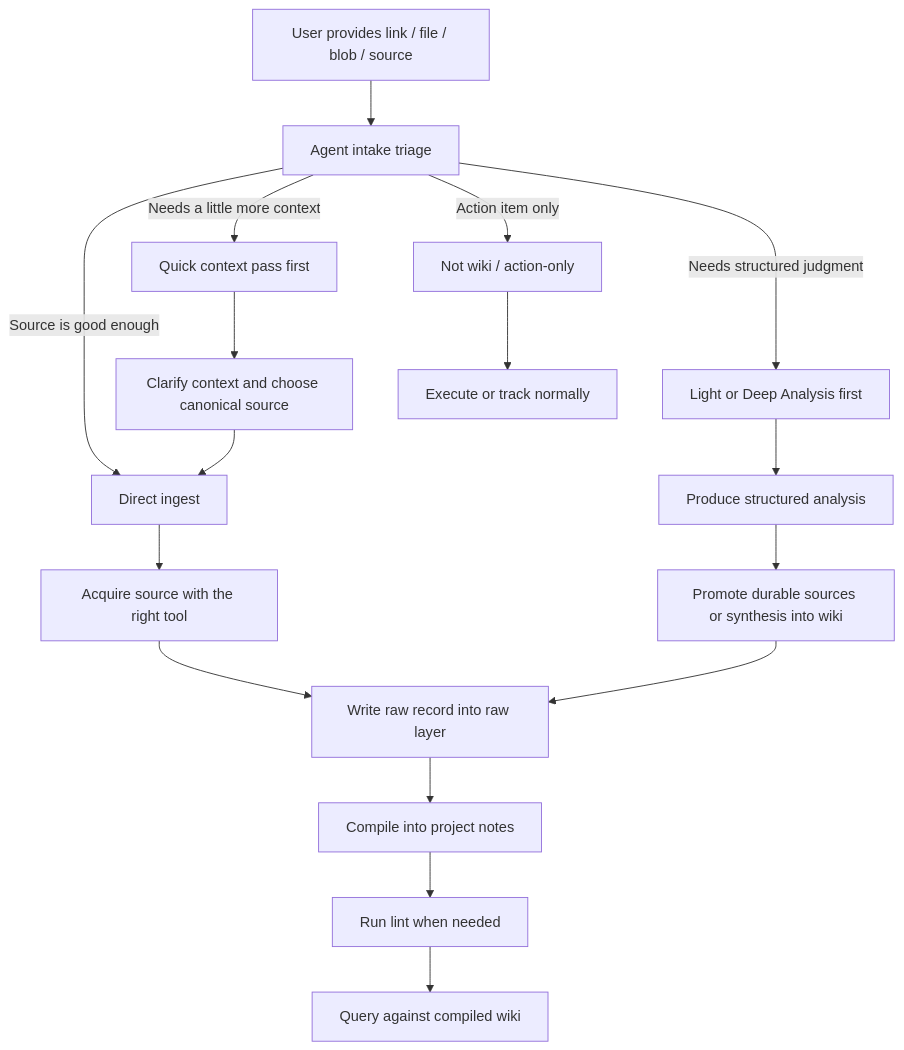
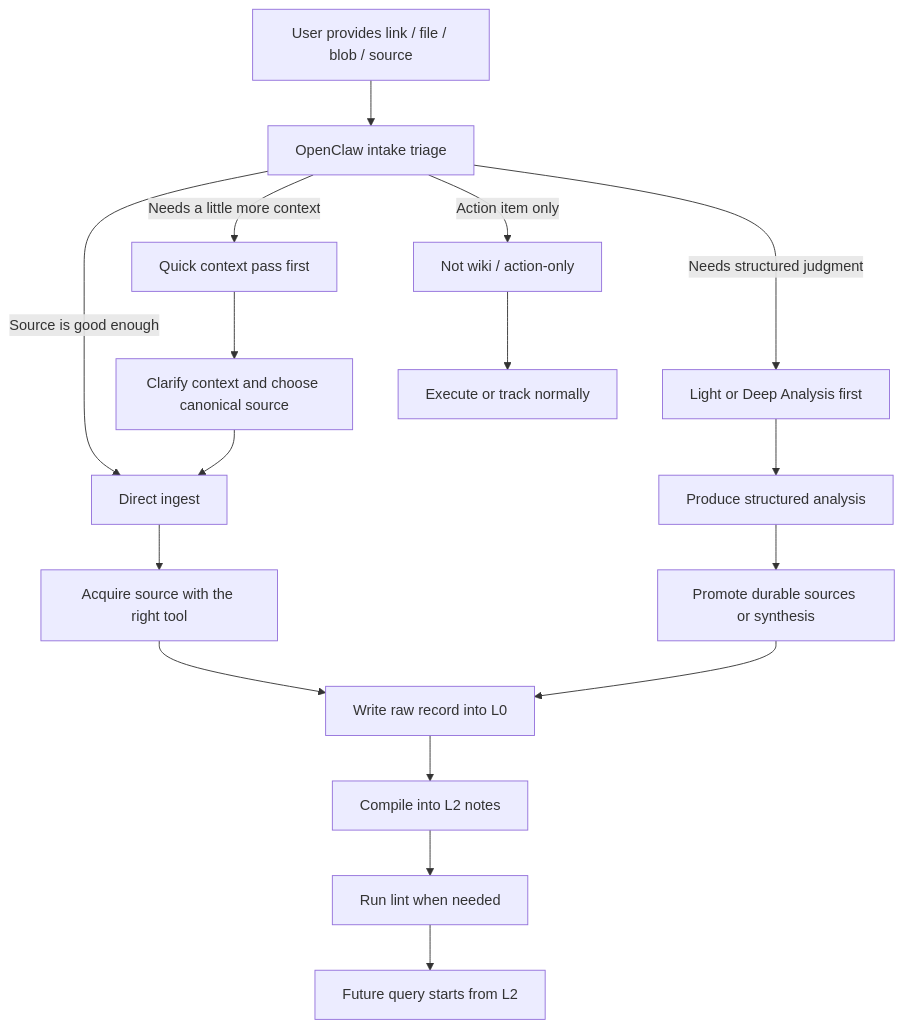
Before and after one commit to johanesalxd/llm-wiki: the first of 2 diagrams in README.md, drawn with Mermaid. The commit also changed other lines of this file and 3 other files, not shown here.

````diff
--- a/README.md
+++ b/README.md
@@ -60,24 +147,24 @@
 ```mermaid
 flowchart TD
-    A[User provides link / file / blob / source] --> B[Agent intake triage]
+    A[User provides link / file / blob / source] --> B[OpenClaw intake triage]
 
     B -->|Source is good enough| C[Direct ingest]
     B -->|Needs a little more context| D[Quick context pass first]
     B -->|Needs structured judgment| E[Light or Deep Analysis first]
     B -->|Action item only| F[Not wiki / action-only]
 
     C --> G[Acquire source with the right tool]
-    G --> H[Write raw record into raw layer]
-    H --> I[Compile into project notes]
+    G --> H[Write raw record into L0]
+    H --> I[Compile into L2 notes]
     I --> J[Run lint when needed]
-    J --> K[Query against compiled wiki]
+    J --> K[Future query starts from L2]
 
     D --> L[Clarify context and choose canonical source]
     L --> C
 
     E --> M[Produce structured analysis]
-    M --> N[Promote durable sources or synthesis into wiki]
+    M --> N[Promote durable sources or synthesis]
     N --> H
 
     F --> O[Execute or track normally]
 ```
````
